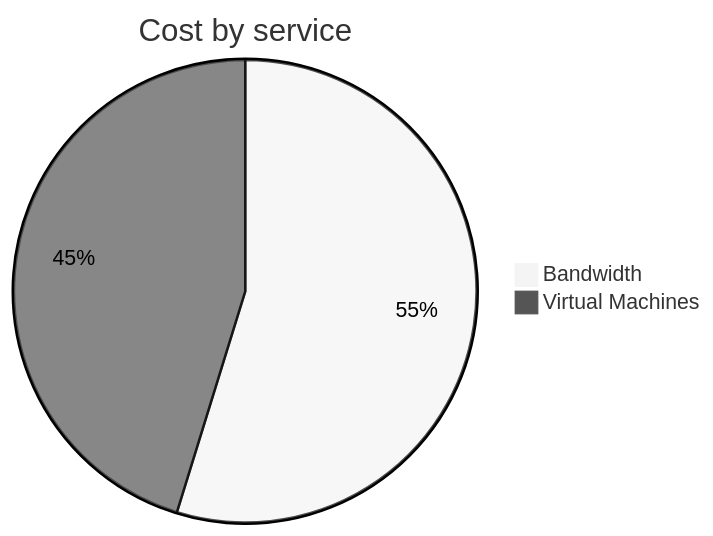
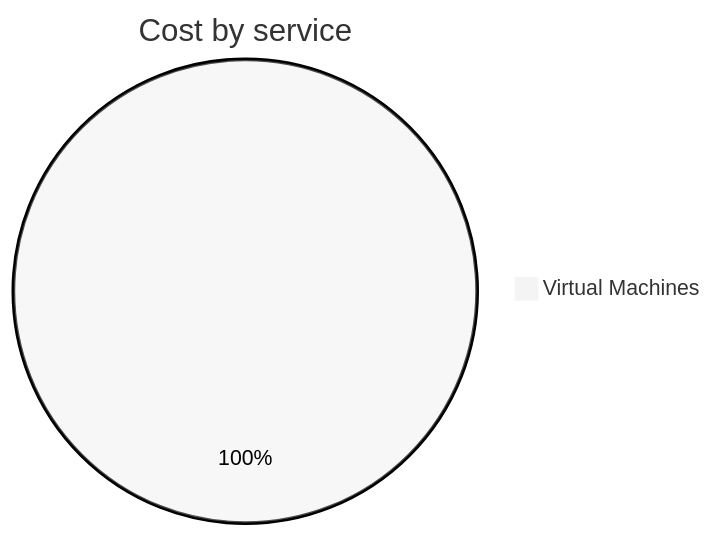
The second of 4 diagrams in cost-reports/personal-network/vpn-server.md (jpfulton/azure-personal-reports), drawn with Mermaid (neutral theme) before and after one commit. The commit also changed other lines of this file and 8 other files, not shown here.

````diff
--- a/cost-reports/personal-network/vpn-server.md
+++ b/cost-reports/personal-network/vpn-server.md
@@ -96,6 +93,5 @@
 ```mermaid
 pie
    title Cost by service
-   "Bandwidth" : 6.54
-   "Virtual Machines" : 5.40
+   "Virtual Machines" : 0.05
 ```
````
